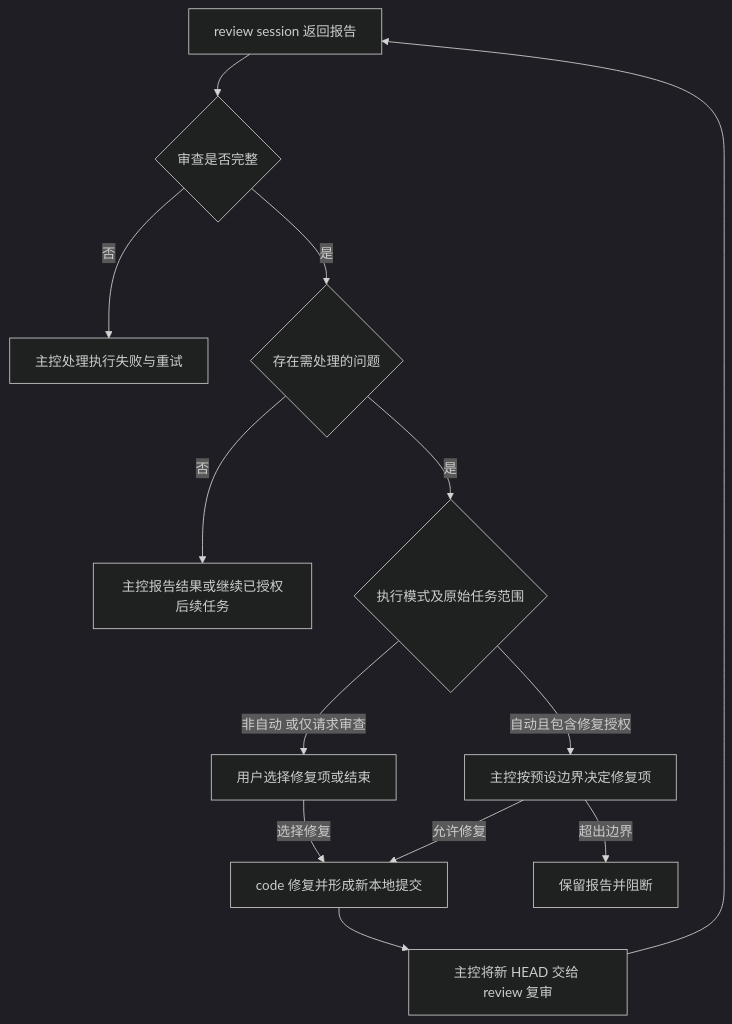
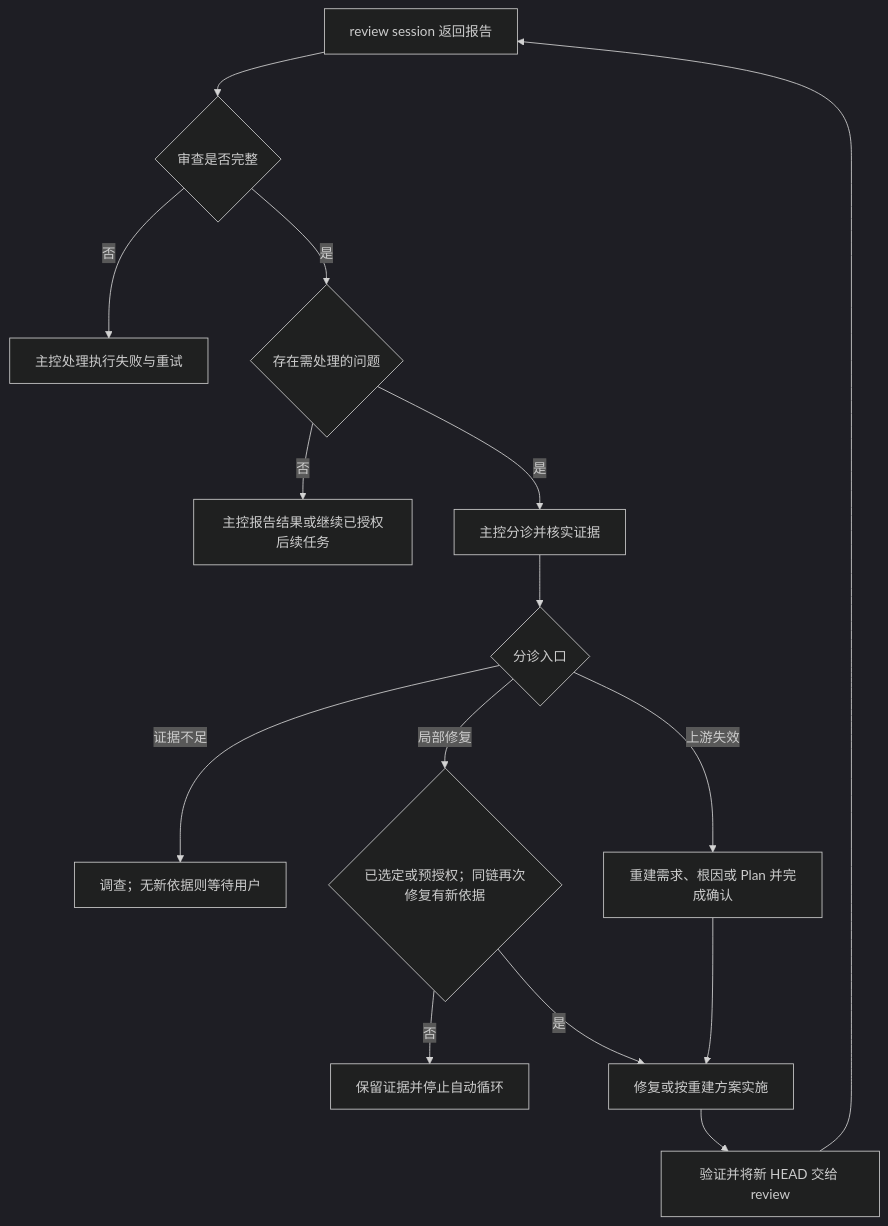
One commit to shinny-chenyifan/self-skill changed the fifth of 7 diagrams in doc/workflow-plan-v1.md. Above: the diagram before and after it, drawn with Mermaid (dark theme). The commit also changed other lines of this file and 9 other files, not shown here.

````diff
--- a/doc/workflow-plan-v1.md
+++ b/doc/workflow-plan-v1.md
@@ -253,15 +253,17 @@
 ```mermaid
 flowchart TD
     A[review session 返回报告] --> B{审查是否完整}
     B -->|否| C[主控处理执行失败与重试]
     B -->|是| D{存在需处理的问题}
     D -->|否| E[主控报告结果或继续已授权后续任务]
-    D -->|是| F{执行模式及原始任务范围}
-    F -->|非自动 或仅请求审查| G[用户选择修复项或结束]
-    F -->|自动且包含修复授权| H[主控按预设边界决定修复项]
-    G -->|选择修复| I[code 修复并形成新本地提交]
-    H -->|允许修复| I
-    H -->|超出边界| J[保留报告并阻断]
-    I --> K[主控将新 HEAD 交给 review 复审]
-    K --> A
+    D -->|是| F[主控分诊并核实证据]
+    F --> G{分诊入口}
+    G -->|证据不足| H[调查；无新依据则等待用户]
+    G -->|局部修复| I{已选定或预授权；同链再次修复有新依据}
+    G -->|上游失效| J[重建需求、根因或 Plan 并完成确认]
+    I -->|否| K[保留证据并停止自动循环]
+    I -->|是| L[修复或按重建方案实施]
+    J --> L
+    L --> M[验证并将新 HEAD 交给 review]
+    M --> A
 ```
````
